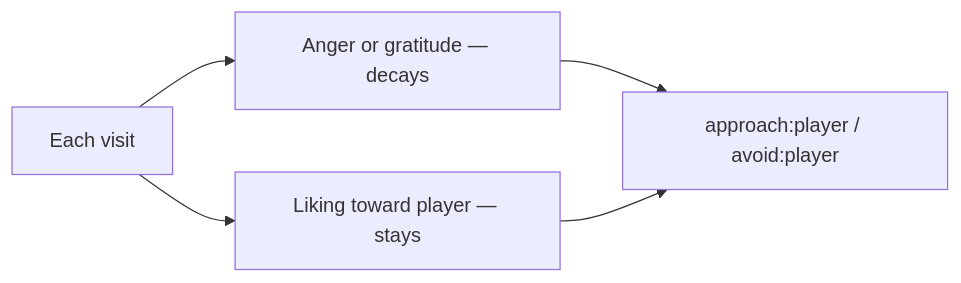
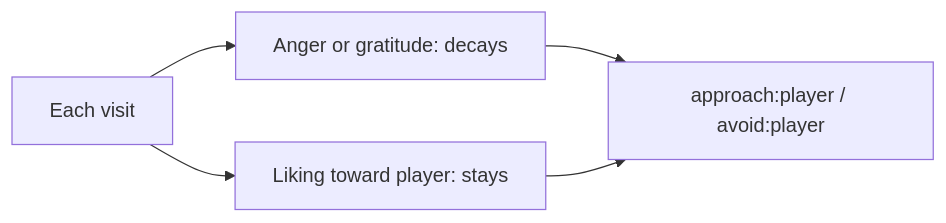
The second of 3 diagrams in docs/EXAMPLES.md (RossSim/personality-engine), drawn with Mermaid before and after one commit. The commit also changed other lines of this file and 21 other files, not shown here.

````diff
--- a/docs/EXAMPLES.md
+++ b/docs/EXAMPLES.md
@@ -39,9 +39,9 @@
 ```mermaid
 flowchart LR
   visit[Each visit]
-  occ[Anger or gratitude — decays]
-  dyad[Liking toward player — stays]
+  occ[Anger or gratitude: decays]
+  dyad[Liking toward player: stays]
   verbs[approach:player / avoid:player]
   visit --> occ --> verbs
   visit --> dyad --> verbs
 ```
````
